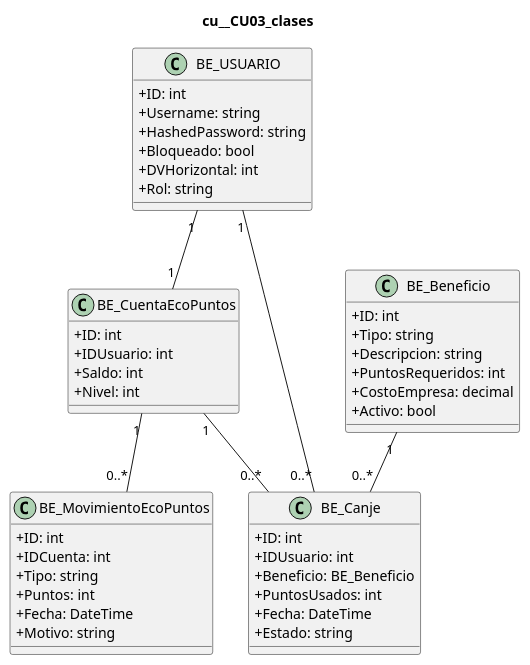
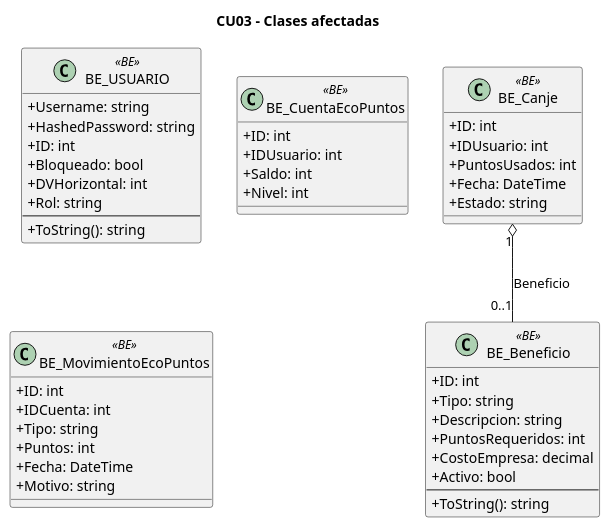
One commit to L-Muniz/uai-diploma_2026 changed the diagram in docs/diagramas/uml/cu__CU03_clases.puml. Above: the diagram before and after it, drawn with PlantUML. The commit also changed 58 other files, not shown here.

Commit message:
Docs: diagramas de clases con la notación de la tercera entrega (paquetes, estereotipos, firmas, asociaciones)

```diff
--- a/docs/diagramas/uml/cu__CU03_clases.puml
+++ b/docs/diagramas/uml/cu__CU03_clases.puml
@@ -1,47 +1,46 @@
 @startuml
 skinparam classAttributeIconSize 0
-title cu__CU03_clases
-class "BE_USUARIO" as USUARIO {
-  +ID: int
+title CU03 - Clases afectadas
+class "BE_USUARIO" as BE_USUARIO <<BE>> {
   +Username: string
   +HashedPassword: string
+  +ID: int
   +Bloqueado: bool
   +DVHorizontal: int
   +Rol: string
+  --
+  +ToString(): string
 }
-class "BE_CuentaEcoPuntos" as CUENTA {
+class "BE_CuentaEcoPuntos" as BE_CuentaEcoPuntos <<BE>> {
   +ID: int
   +IDUsuario: int
   +Saldo: int
   +Nivel: int
 }
-class "BE_MovimientoEcoPuntos" as MOVIMIENTO {
+class "BE_MovimientoEcoPuntos" as BE_MovimientoEcoPuntos <<BE>> {
   +ID: int
   +IDCuenta: int
   +Tipo: string
   +Puntos: int
   +Fecha: DateTime
   +Motivo: string
 }
-class "BE_Canje" as CANJE {
+class "BE_Canje" as BE_Canje <<BE>> {
   +ID: int
   +IDUsuario: int
-  +Beneficio: BE_Beneficio
   +PuntosUsados: int
   +Fecha: DateTime
   +Estado: string
 }
-class "BE_Beneficio" as BENEFICIO {
+class "BE_Beneficio" as BE_Beneficio <<BE>> {
   +ID: int
   +Tipo: string
   +Descripcion: string
   +PuntosRequeridos: int
   +CostoEmpresa: decimal
   +Activo: bool
+  --
+  +ToString(): string
 }
-USUARIO "1" -- "1" CUENTA
-CUENTA "1" -- "0..*" MOVIMIENTO
-USUARIO "1" -- "0..*" CANJE
-BENEFICIO "1" -- "0..*" CANJE
-CUENTA "1" -- "0..*" CANJE
+BE_Canje "1" o-- "0..1" BE_Beneficio : Beneficio
 @enduml
```
